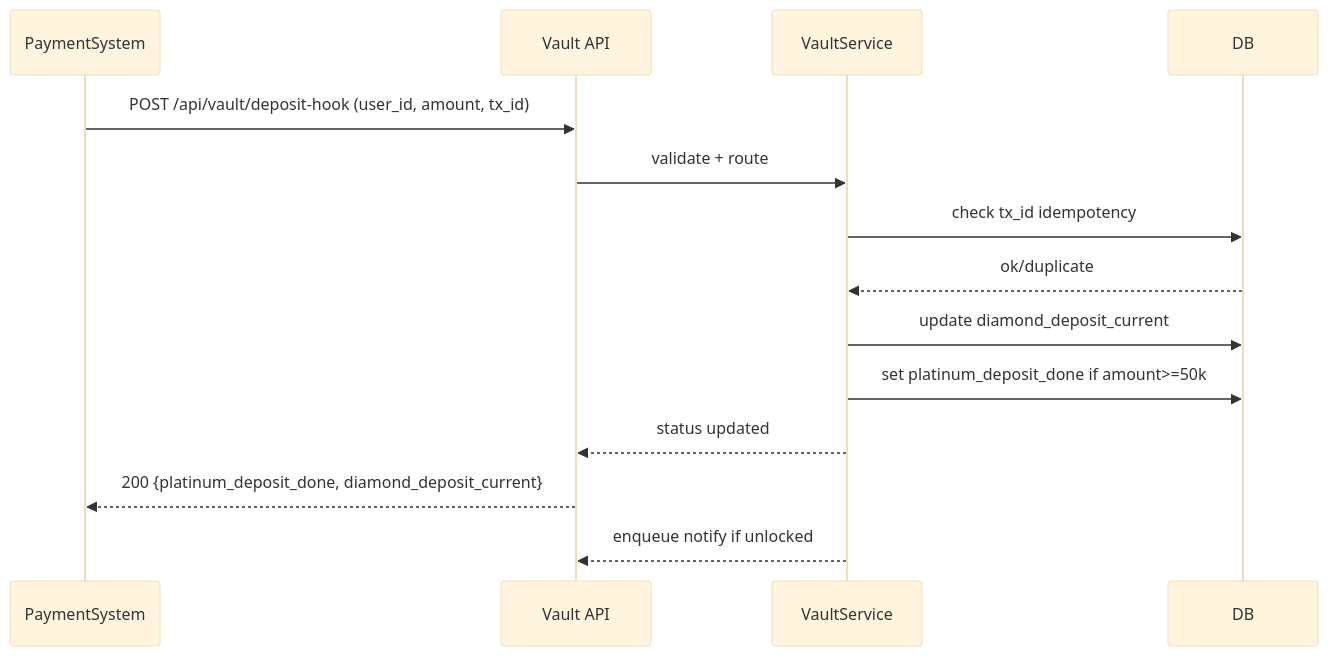
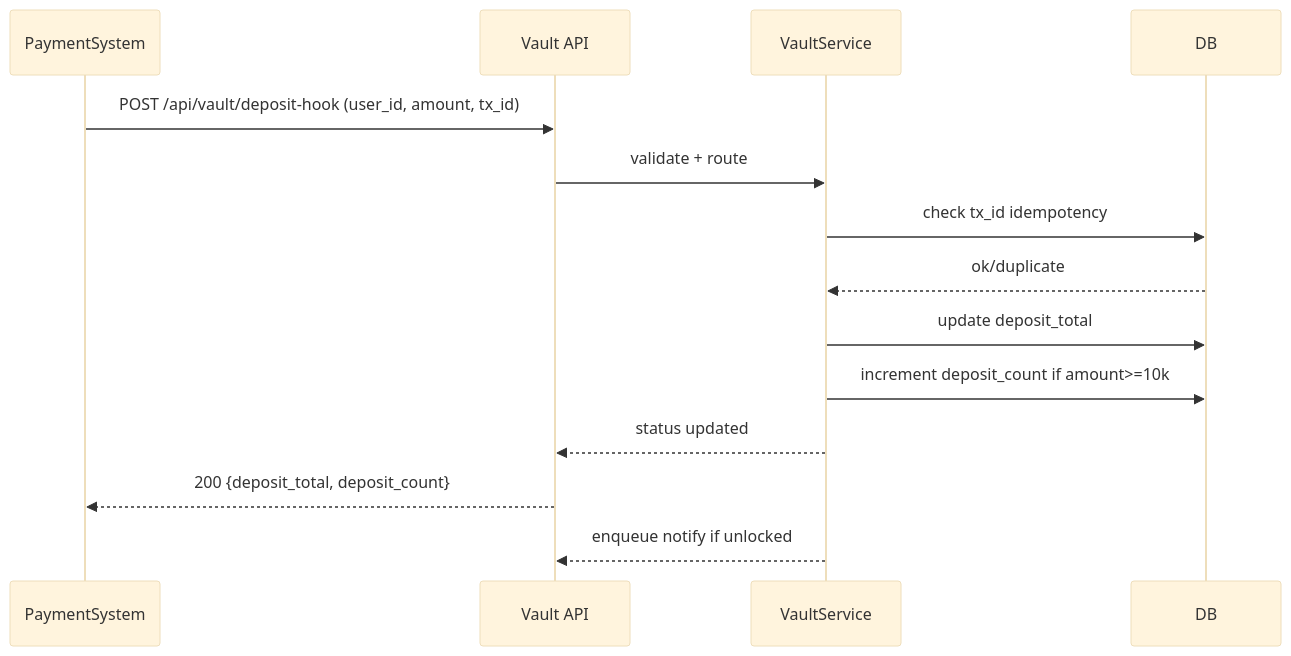
One commit to heyjinjung/rmafh changed the first of 7 diagrams in docs/SEQUENCE_STATE_VAULT_V2.md. Above: the diagram before and after it, drawn with Mermaid (base theme). The commit also changed other lines of this file and 13 other files, not shown here.

````diff
--- a/docs/SEQUENCE_STATE_VAULT_V2.md
+++ b/docs/SEQUENCE_STATE_VAULT_V2.md
@@ -91,16 +94,16 @@
 ```mermaid
 sequenceDiagram
   participant PS as PaymentSystem
   participant API as Vault API
   participant SVC as VaultService
   participant DB as DB
   PS->>API: POST /api/vault/deposit-hook (user_id, amount, tx_id)
   API->>SVC: validate + route
   SVC->>DB: check tx_id idempotency
   DB-->>SVC: ok/duplicate
-  SVC->>DB: update diamond_deposit_current
-  SVC->>DB: set platinum_deposit_done if amount>=50k
+  SVC->>DB: update deposit_total
+  SVC->>DB: increment deposit_count if amount>=10k
   SVC-->>API: status updated
-  API-->>PS: 200 {platinum_deposit_done, diamond_deposit_current}
+  API-->>PS: 200 {deposit_total, deposit_count}
   SVC-->>API: enqueue notify if unlocked
 ```
````
